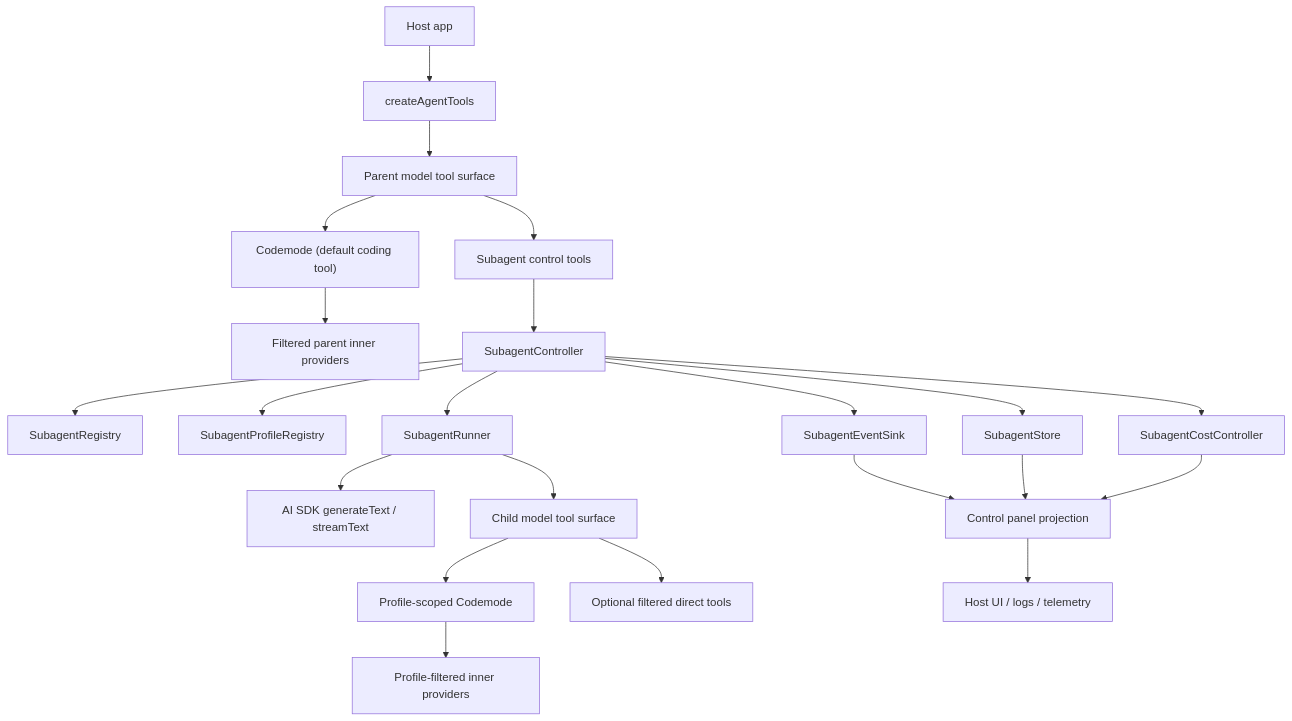
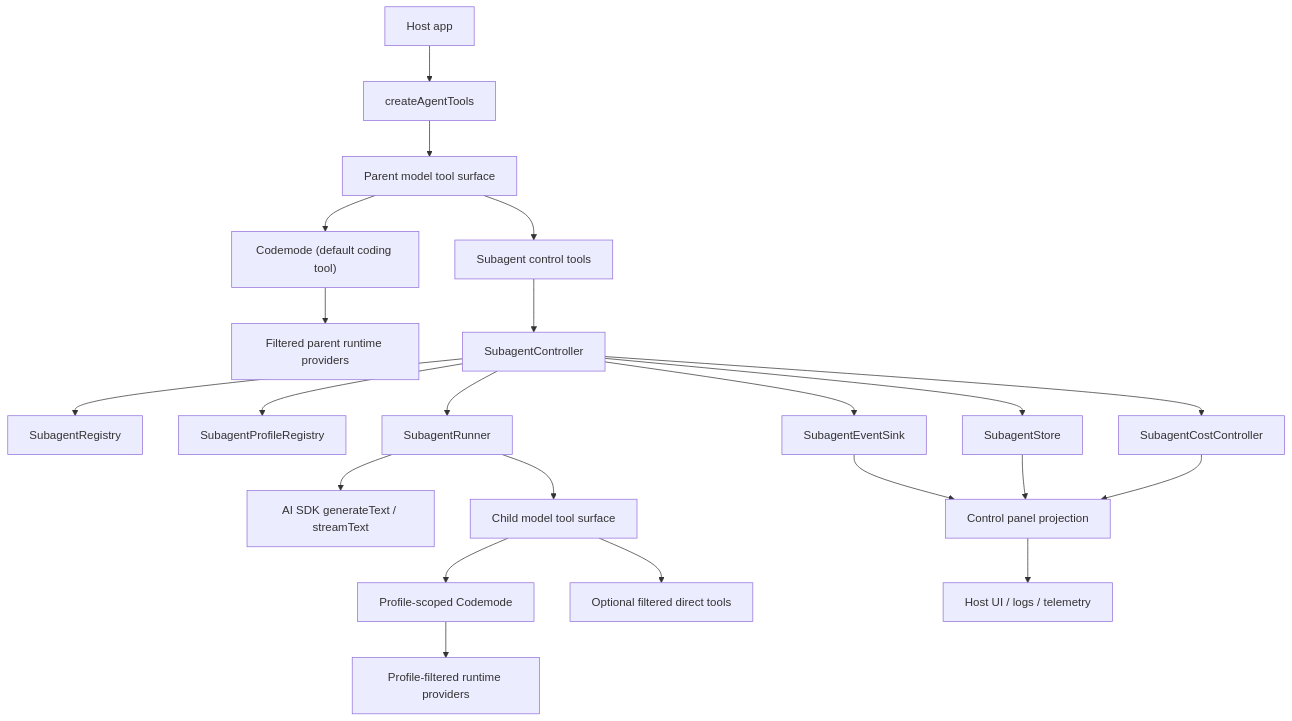
Before and after one commit to jbreite/bashkit: the first of 6 diagrams in docs/plans/2026-06-15-001-feat-subagent-foundation-plan.md, drawn with Mermaid. The commit also changed other lines of this file and 8 other files, not shown here.

Commit message:
Rename inner tools to runtime tools

````diff
--- a/docs/plans/2026-06-15-001-feat-subagent-foundation-plan.md
+++ b/docs/plans/2026-06-15-001-feat-subagent-foundation-plan.md
@@ -216,28 +216,28 @@
 ```mermaid
 flowchart TB
   Host["Host app"] --> Factory["createAgentTools"]
   Factory --> ParentSurface["Parent model tool surface"]
   ParentSurface --> ParentCodemode["Codemode (default coding tool)"]
   ParentSurface --> ControlTools["Subagent control tools"]
 
-  ParentCodemode --> ParentProviders["Filtered parent inner providers"]
+  ParentCodemode --> ParentProviders["Filtered parent runtime providers"]
   ControlTools --> Controller["SubagentController"]
 
   Controller --> Registry["SubagentRegistry"]
   Controller --> ProfileRegistry["SubagentProfileRegistry"]
   Controller --> Store["SubagentStore"]
   Controller --> Cost["SubagentCostController"]
   Controller --> Events["SubagentEventSink"]
   Controller --> Runner["SubagentRunner"]
 
   Runner --> AISDK["AI SDK generateText / streamText"]
   Runner --> ChildSurface["Child model tool surface"]
   ChildSurface --> ChildCodemode["Profile-scoped Codemode"]
   ChildSurface --> ChildDirect["Optional filtered direct tools"]
-  ChildCodemode --> ChildProviders["Profile-filtered inner providers"]
+  ChildCodemode --> ChildProviders["Profile-filtered runtime providers"]
 
   Events --> Projection["Control panel projection"]
   Store --> Projection
   Cost --> Projection
   Projection --> UI["Host UI / logs / telemetry"]
 ```
````
